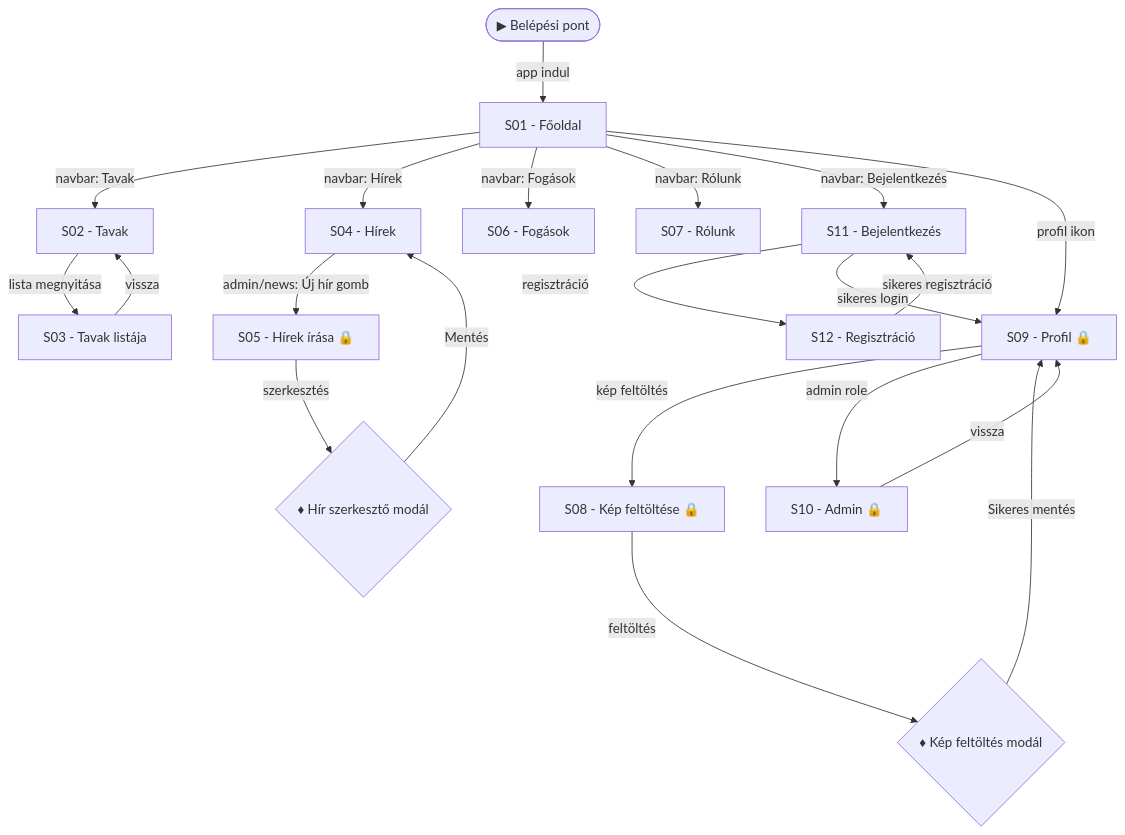
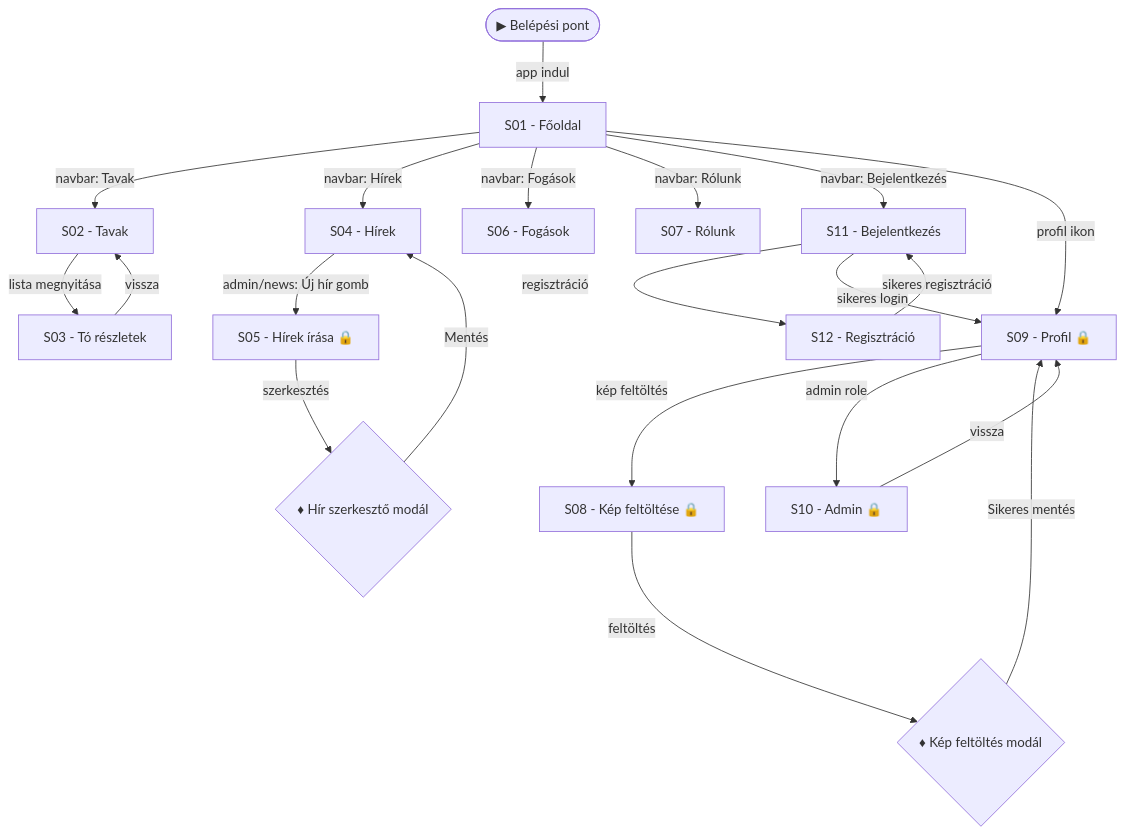
Before and after one commit to szpatrik55/PecaPont: the diagram in docs/ux/pageflow.mmd, drawn with Mermaid. The commit also changed 2 other files, not shown here.

```diff
--- a/docs/ux/pageflow.mmd
+++ b/docs/ux/pageflow.mmd
@@ -1,46 +1,46 @@
 flowchart TD
 
     START([▶ Belépési pont])
 
     S01[S01 - Főoldal]
     S02[S02 - Tavak]
-    S03[S03 - Tavak listája]
+    S03[S03 - Tó részletek]
     S04[S04 - Hírek]
     S05[S05 - Hírek írása 🔒]
     S06[S06 - Fogások]
     S07[S07 - Rólunk]
     S08[S08 - Kép feltöltése 🔒]
     S09[S09 - Profil 🔒]
     S10[S10 - Admin 🔒]
     S11[S11 - Bejelentkezés]
     S12[S12 - Regisztráció]
 
     D01{♦ Hír szerkesztő modál}
     D02{♦ Kép feltöltés modál}
 
     START -->|app indul| S01
 
     S01 -->|navbar: Tavak| S02
     S01 -->|navbar: Hírek| S04
     S01 -->|navbar: Fogások| S06
     S01 -->|navbar: Rólunk| S07
     S01 -->|navbar: Bejelentkezés| S11
     S01 -->|profil ikon| S09
 
     S02 -->|lista megnyitása| S03
     S03 -->|vissza| S02
 
     S04 -->|admin/news: Új hír gomb| S05
     S05 -->|szerkesztés| D01
     D01 -->|Mentés| S04
 
     S09 -->|kép feltöltés| S08
     S08 -->|feltöltés| D02
     D02 -->|Sikeres mentés| S09
 
     S09 -->|admin role| S10
     S10 -->|vissza| S09
 
     S11 -->|regisztráció| S12
     S11 -->|sikeres login| S09
     S12 -->|sikeres regisztráció| S11
```
